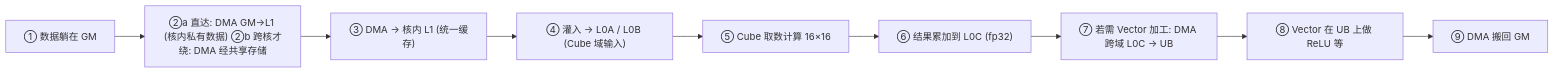
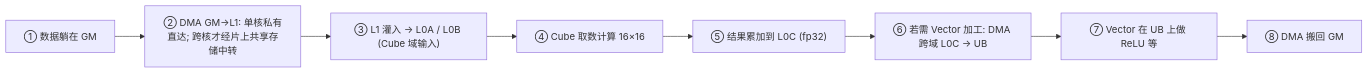
Before and after one commit to SuccinctPaul/Ascend-Notes: the second of 2 diagrams in docs/pages/hardware/02-storage-hierarchy.md, drawn with Mermaid. The commit also changed other lines of this file and 39 other files, not shown here.

````diff
--- a/docs/pages/hardware/02-storage-hierarchy.md
+++ b/docs/pages/hardware/02-storage-hierarchy.md
@@ -162,13 +163,12 @@
 ```mermaid
 flowchart LR
     A1["① 数据躺在 GM"]
-    A2["②a 直达: DMA GM→L1 (核内私有数据) ②b 跨核才绕: DMA 经共享存储"]
-    A3["③ DMA → 核内 L1 (统一缓存)"]
-    A4["④ 灌入 → L0A / L0B (Cube 域输入)"]
-    A5["⑤ Cube 取数计算 16×16"]
-    A6["⑥ 结果累加到 L0C (fp32)"]
-    A7["⑦ 若需 Vector 加工: DMA 跨域 L0C → UB"]
-    A8["⑧ Vector 在 UB 上做 ReLU 等"]
-    A9["⑨ DMA 搬回 GM"]
-    A1 --> A2 --> A3 --> A4 --> A5 --> A6 --> A7 --> A8 --> A9
+    A2["② DMA GM→L1: 单核私有直达; 跨核才经片上共享存储中转"]
+    A3["③ L1 灌入 → L0A / L0B (Cube 域输入)"]
+    A4["④ Cube 取数计算 16×16"]
+    A5["⑤ 结果累加到 L0C (fp32)"]
+    A6["⑥ 若需 Vector 加工: DMA 跨域 L0C → UB"]
+    A7["⑦ Vector 在 UB 上做 ReLU 等"]
+    A8["⑧ DMA 搬回 GM"]
+    A1 --> A2 --> A3 --> A4 --> A5 --> A6 --> A7 --> A8
 ```
````
